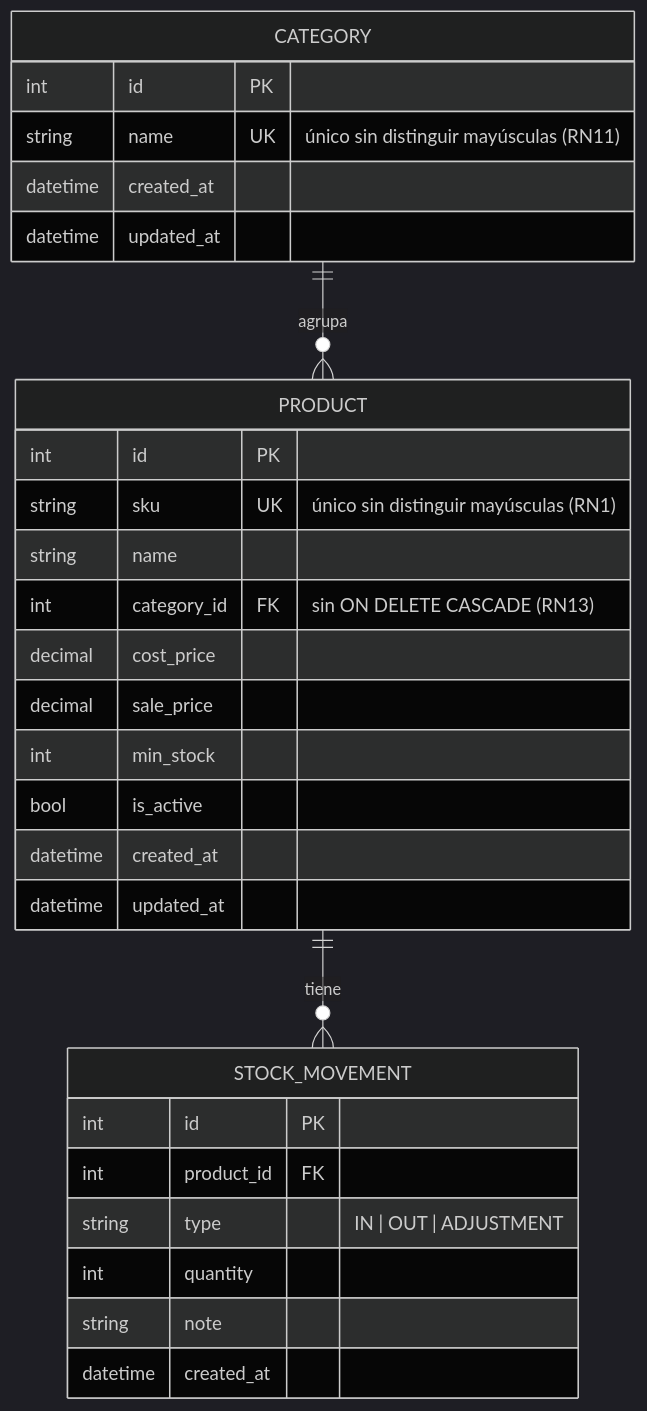
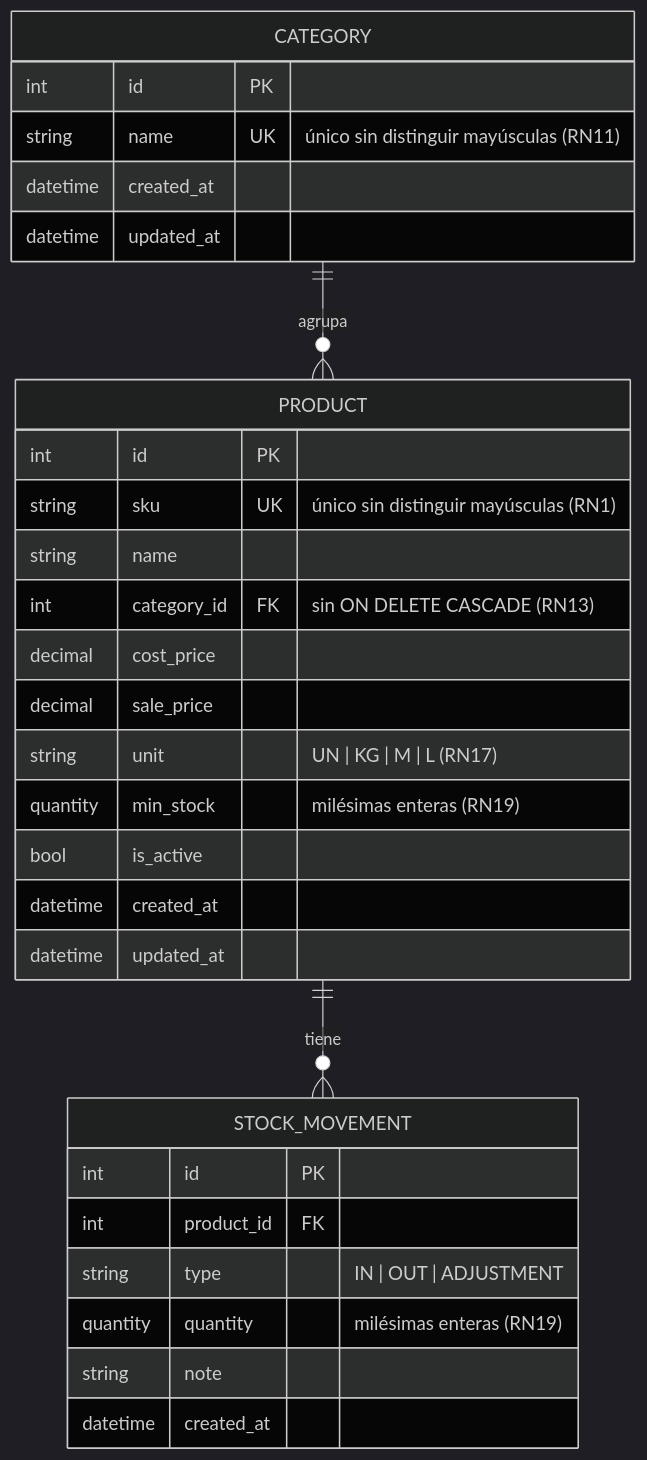
The diagram in SPEC.md (pablovskiestrada/stock-inventario), drawn with Mermaid (dark theme) before and after one commit. The commit also changed other lines of this file, not shown here.

````diff
--- a/SPEC.md
+++ b/SPEC.md
@@ -32,32 +34,33 @@
 ```mermaid
 erDiagram
     CATEGORY ||--o{ PRODUCT : "agrupa"
     PRODUCT ||--o{ STOCK_MOVEMENT : "tiene"
 
     CATEGORY {
         int id PK
         string name UK "único sin distinguir mayúsculas (RN11)"
         datetime created_at
         datetime updated_at
     }
     PRODUCT {
         int id PK
         string sku UK "único sin distinguir mayúsculas (RN1)"
         string name
         int category_id FK "sin ON DELETE CASCADE (RN13)"
         decimal cost_price
         decimal sale_price
-        int min_stock
+        string unit "UN | KG | M | L (RN17)"
+        quantity min_stock "milésimas enteras (RN19)"
         bool is_active
         datetime created_at
         datetime updated_at
     }
     STOCK_MOVEMENT {
         int id PK
         int product_id FK
         string type "IN | OUT | ADJUSTMENT"
-        int quantity
+        quantity quantity "milésimas enteras (RN19)"
         string note
         datetime created_at
     }
 ```
````
